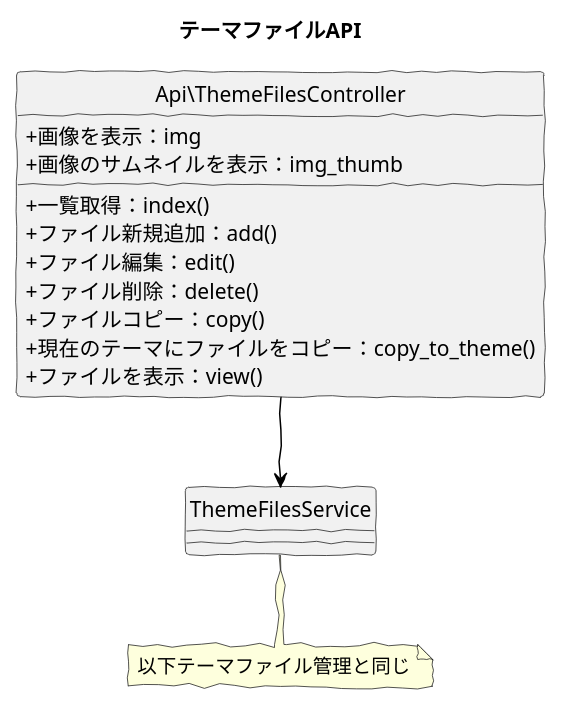
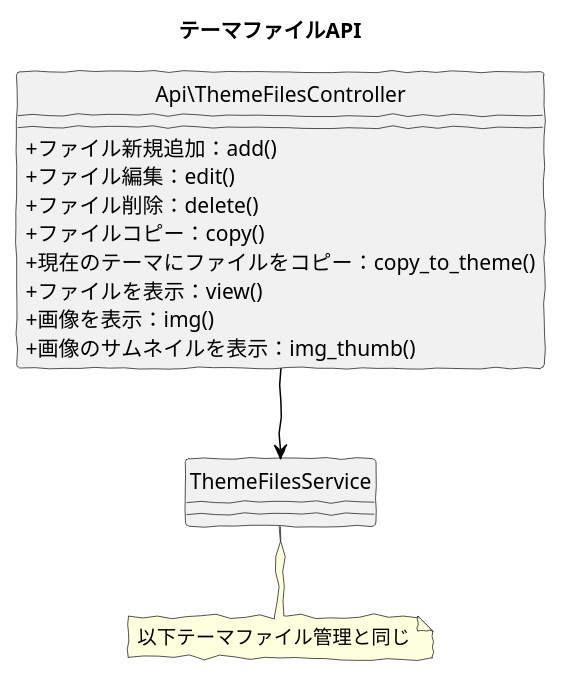
One commit to baserproject/baserproject.github.io changed the diagram in src/puml/5/ucmitz/svg/class/bc-theme-file/api_theme_files.puml. Above: the diagram before and after it, drawn with PlantUML. The commit also changed 1 other file, not shown here.

```diff
--- a/src/puml/5/ucmitz/svg/class/bc-theme-file/api_theme_files.puml
+++ b/src/puml/5/ucmitz/svg/class/bc-theme-file/api_theme_files.puml
@@ -1,29 +1,28 @@
 @startuml
 skinparam handwritten true
 skinparam backgroundColor white
 hide circle
 skinparam classAttributeIconSize 0
 
 title テーマファイルAPI
 
 class Api\ThemeFilesController {
-  + 一覧取得：index()
   + ファイル新規追加：add()
   + ファイル編集：edit()
   + ファイル削除：delete()
   + ファイルコピー：copy()
   + 現在のテーマにファイルをコピー：copy_to_theme()
   + ファイルを表示：view()
-  + 画像を表示：img
-  + 画像のサムネイルを表示：img_thumb
+  + 画像を表示：img()
+  + 画像のサムネイルを表示：img_thumb()
 }
 
 class ThemeFilesService {
 }
 
 Api\ThemeFilesController -down[#Black]-> ThemeFilesService
 
 note "以下テーマファイル管理と同じ" as note
 ThemeFilesService .. note
 
 @enduml
```
